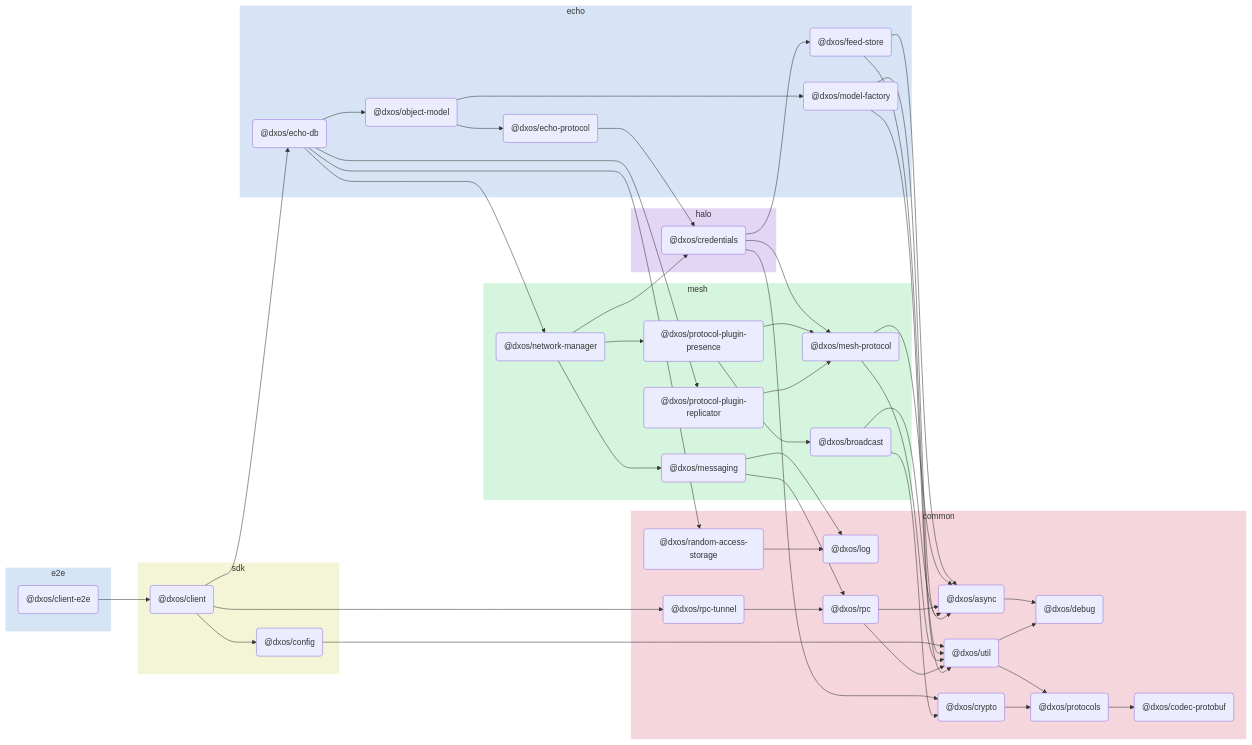
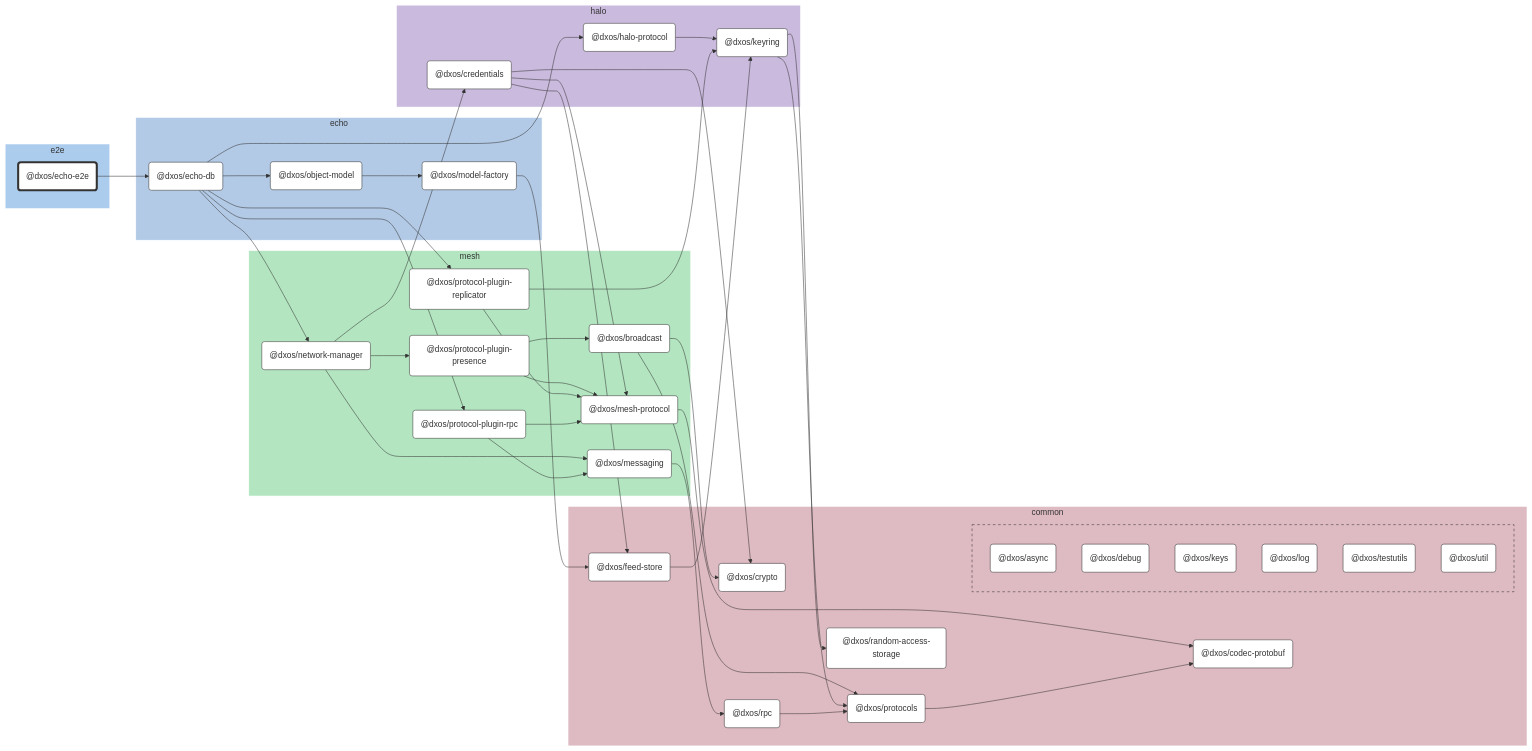
One commit to dxos/dxos changed the diagram in e2e/echo/docs/README.md. Above: the diagram before and after it, drawn with Mermaid. The commit also changed other lines of this file and 89 other files, not shown here.

````diff
--- a/e2e/echo/docs/README.md
+++ b/e2e/echo/docs/README.md
@@ -5,93 +7,155 @@
 ```mermaid
-flowchart LR;
+%%{ init: {'flowchart':{'curve':'basis'}} }%%
 
+flowchart LR
+
+%% Links
+dxos/broadcast --> dxos/crypto;
+dxos/broadcast --> dxos/protocols;
+dxos/credentials --> dxos/crypto;
+dxos/credentials --> dxos/feed-store;
+dxos/credentials --> dxos/mesh-protocol;
+dxos/echo-db --> dxos/halo-protocol;
+dxos/echo-db --> dxos/network-manager;
+dxos/echo-db --> dxos/object-model;
+dxos/echo-db --> dxos/protocol-plugin-replicator;
+dxos/echo-db --> dxos/protocol-plugin-rpc;
+dxos/echo-e2e --> dxos/echo-db;
+dxos/feed-store --> dxos/keyring;
+dxos/halo-protocol --> dxos/keyring;
+dxos/keyring --> dxos/protocols;
+dxos/keyring --> dxos/random-access-storage;
+dxos/mesh-protocol --> dxos/codec-protobuf;
+dxos/messaging --> dxos/rpc;
+dxos/model-factory --> dxos/feed-store;
+dxos/network-manager --> dxos/credentials;
+dxos/network-manager --> dxos/messaging;
+dxos/network-manager --> dxos/protocol-plugin-presence;
+dxos/object-model --> dxos/model-factory;
+dxos/protocol-plugin-presence --> dxos/broadcast;
+dxos/protocol-plugin-presence --> dxos/mesh-protocol;
+dxos/protocol-plugin-replicator --> dxos/keyring;
+dxos/protocol-plugin-replicator --> dxos/mesh-protocol;
+dxos/protocol-plugin-rpc --> dxos/mesh-protocol;
+dxos/protocol-plugin-rpc --> dxos/messaging;
+dxos/protocols --> dxos/codec-protobuf;
+dxos/rpc --> dxos/protocols;
+
+%% Sections
 subgraph e2e
-  style e2e fill:#d6e5f5,stroke:#fff;
-  dxos/client-e2e("@dxos/client-e2e");
-end
+  style e2e fill:#abcced,stroke:#fff;
 
-subgraph sdk
-  style sdk fill:#f4f5d6,stroke:#fff;
-  dxos/client("@dxos/client");
-  dxos/config("@dxos/config");
+  dxos/echo-e2e("@dxos/echo-e2e")
 end
 
 subgraph common
-  style common fill:#f5d6dd,stroke:#fff;
-  dxos/async("@dxos/async");
-  dxos/debug("@dxos/debug");
-  dxos/codec-protobuf("@dxos/codec-protobuf");
-  dxos/protocols("@dxos/protocols");
-  dxos/util("@dxos/util");
-  dxos/log("@dxos/log");
-  dxos/crypto("@dxos/crypto");
-  dxos/rpc("@dxos/rpc");
-  dxos/random-access-storage("@dxos/random-access-storage");
-  dxos/rpc-tunnel("@dxos/rpc-tunnel");
+  style common fill:#debac2,stroke:#fff;
+
+  dxos/codec-protobuf("@dxos/codec-protobuf")
+  dxos/crypto("@dxos/crypto")
+  dxos/feed-store("@dxos/feed-store")
+  dxos/protocols("@dxos/protocols")
+  dxos/random-access-storage("@dxos/random-access-storage")
+  dxos/rpc("@dxos/rpc")
+
+  subgraph common-excluded [ ]
+    style common-excluded fill:#debac2,stroke:#333,stroke-dasharray:5 5;
+
+    dxos/async("@dxos/async")
+    dxos/debug("@dxos/debug")
+    dxos/keys("@dxos/keys")
+    dxos/log("@dxos/log")
+    dxos/testutils("@dxos/testutils")
+    dxos/util("@dxos/util")
+  end
 end
 
 subgraph echo
-  style echo fill:#d6e4f5,stroke:#fff;
-  dxos/echo-db("@dxos/echo-db");
-  dxos/feed-store("@dxos/feed-store");
-  dxos/echo-protocol("@dxos/echo-protocol");
-  dxos/model-factory("@dxos/model-factory");
-  dxos/object-model("@dxos/object-model");
+  style echo fill:#b3cae6,stroke:#fff;
+
+  dxos/echo-db("@dxos/echo-db")
+  dxos/model-factory("@dxos/model-factory")
+  dxos/object-model("@dxos/object-model")
 end
 
 subgraph halo
-  style halo fill:#e3d6f5,stroke:#fff;
-  dxos/credentials("@dxos/credentials");
+  style halo fill:#cabade,stroke:#fff;
+
+  dxos/credentials("@dxos/credentials")
+  dxos/halo-protocol("@dxos/halo-protocol")
+  dxos/keyring("@dxos/keyring")
 end
 
 subgraph mesh
-  style mesh fill:#d6f5de,stroke:#fff;
-  dxos/mesh-protocol("@dxos/mesh-protocol");
-  dxos/messaging("@dxos/messaging");
-  dxos/network-manager("@dxos/network-manager");
-  dxos/protocol-plugin-presence("@dxos/protocol-plugin-presence");
-  dxos/broadcast("@dxos/broadcast");
-  dxos/protocol-plugin-replicator("@dxos/protocol-plugin-replicator");
+  style mesh fill:#b3e6c0,stroke:#fff;
+
+  dxos/broadcast("@dxos/broadcast")
+  dxos/mesh-protocol("@dxos/mesh-protocol")
+  dxos/messaging("@dxos/messaging")
+  dxos/network-manager("@dxos/network-manager")
+  dxos/protocol-plugin-presence("@dxos/protocol-plugin-presence")
+  dxos/protocol-plugin-replicator("@dxos/protocol-plugin-replicator")
+  dxos/protocol-plugin-rpc("@dxos/protocol-plugin-rpc")
 end
 
-dxos/client-e2e --> dxos/client;
-dxos/async --> dxos/debug;
-dxos/client --> dxos/config;
-dxos/protocols --> dxos/codec-protobuf;
-dxos/config --> dxos/util;
-dxos/util --> dxos/debug;
-dxos/util --> dxos/protocols;
-dxos/client --> dxos/echo-db;
-dxos/credentials --> dxos/crypto;
-dxos/crypto --> dxos/protocols;
-dxos/credentials --> dxos/feed-store;
-dxos/feed-store --> dxos/async;
-dxos/feed-store --> dxos/util;
-dxos/credentials --> dxos/mesh-protocol;
-dxos/mesh-protocol --> dxos/async;
-dxos/mesh-protocol --> dxos/util;
-dxos/echo-protocol --> dxos/credentials;
-dxos/messaging --> dxos/log;
-dxos/messaging --> dxos/rpc;
-dxos/rpc --> dxos/async;
-dxos/rpc --> dxos/util;
-dxos/model-factory --> dxos/async;
-dxos/model-factory --> dxos/util;
-dxos/echo-db --> dxos/network-manager;
-dxos/network-manager --> dxos/credentials;
-dxos/network-manager --> dxos/messaging;
-dxos/network-manager --> dxos/protocol-plugin-presence;
-dxos/protocol-plugin-presence --> dxos/broadcast;
-dxos/broadcast --> dxos/async;
-dxos/broadcast --> dxos/crypto;
-dxos/protocol-plugin-presence --> dxos/mesh-protocol;
-dxos/echo-db --> dxos/object-model;
-dxos/object-model --> dxos/echo-protocol;
-dxos/object-model --> dxos/model-factory;
-dxos/echo-db --> dxos/protocol-plugin-replicator;
-dxos/protocol-plugin-replicator --> dxos/mesh-protocol;
-dxos/echo-db --> dxos/random-access-storage;
-dxos/random-access-storage --> dxos/log;
-dxos/client --> dxos/rpc-tunnel;
-dxos/rpc-tunnel --> dxos/rpc;
+
+%% Hyperlinks
+click dxos/async "dxos/dxos/tree/main/packages/common/async/docs";
+click dxos/broadcast "dxos/dxos/tree/main/packages/mesh/broadcast/docs";
+click dxos/codec-protobuf "dxos/dxos/tree/main/packages/common/codec-protobuf/docs";
+click dxos/credentials "dxos/dxos/tree/main/packages/halo/credentials/docs";
+click dxos/crypto "dxos/dxos/tree/main/packages/common/crypto/docs";
+click dxos/debug "dxos/dxos/tree/main/packages/common/debug/docs";
+click dxos/echo-db "dxos/dxos/tree/main/packages/echo/echo-db/docs";
+click dxos/feed-store "dxos/dxos/tree/main/packages/common/feed-store/docs";
+click dxos/halo-protocol "dxos/dxos/tree/main/packages/halo/halo-protocol/docs";
+click dxos/keyring "dxos/dxos/tree/main/packages/halo/keyring/docs";
+click dxos/keys "dxos/dxos/tree/main/packages/common/keys/docs";
+click dxos/log "dxos/dxos/tree/main/packages/common/log/docs";
+click dxos/mesh-protocol "dxos/dxos/tree/main/packages/mesh/mesh-protocol/docs";
+click dxos/messaging "dxos/dxos/tree/main/packages/mesh/messaging/docs";
+click dxos/model-factory "dxos/dxos/tree/main/packages/echo/model-factory/docs";
+click dxos/network-manager "dxos/dxos/tree/main/packages/mesh/network-manager/docs";
+click dxos/object-model "dxos/dxos/tree/main/packages/echo/object-model/docs";
+click dxos/protocol-plugin-presence "dxos/dxos/tree/main/packages/mesh/protocol-plugin-presence/docs";
+click dxos/protocol-plugin-replicator "dxos/dxos/tree/main/packages/mesh/protocol-plugin-replicator/docs";
+click dxos/protocol-plugin-rpc "dxos/dxos/tree/main/packages/mesh/protocol-plugin-rpc/docs";
+click dxos/protocols "dxos/dxos/tree/main/packages/common/protocols/docs";
+click dxos/random-access-storage "dxos/dxos/tree/main/packages/common/random-access-storage/docs";
+click dxos/rpc "dxos/dxos/tree/main/packages/common/rpc/docs";
+click dxos/testutils "dxos/dxos/tree/main/packages/common/testutils/docs";
+click dxos/util "dxos/dxos/tree/main/packages/common/util/docs";
+
+%% Styles
+classDef rootNode fill:#fff,stroke:#333,stroke-width:4px
+classDef defaultNode fill:#fff,stroke:#333,stroke-width:1px
+linkStyle default stroke:#333,stroke-width:1px
+
+dxos/echo-e2e:::rootNode
+
+dxos/async:::defaultNode
+dxos/broadcast:::defaultNode
+dxos/codec-protobuf:::defaultNode
+dxos/credentials:::defaultNode
+dxos/crypto:::defaultNode
+dxos/debug:::defaultNode
+dxos/echo-db:::defaultNode
+dxos/feed-store:::defaultNode
+dxos/halo-protocol:::defaultNode
+dxos/keyring:::defaultNode
+dxos/keys:::defaultNode
+dxos/log:::defaultNode
+dxos/mesh-protocol:::defaultNode
+dxos/messaging:::defaultNode
+dxos/model-factory:::defaultNode
+dxos/network-manager:::defaultNode
+dxos/object-model:::defaultNode
+dxos/protocol-plugin-presence:::defaultNode
+dxos/protocol-plugin-replicator:::defaultNode
+dxos/protocol-plugin-rpc:::defaultNode
+dxos/protocols:::defaultNode
+dxos/random-access-storage:::defaultNode
+dxos/rpc:::defaultNode
+dxos/testutils:::defaultNode
+dxos/util:::defaultNode
 ```
````
